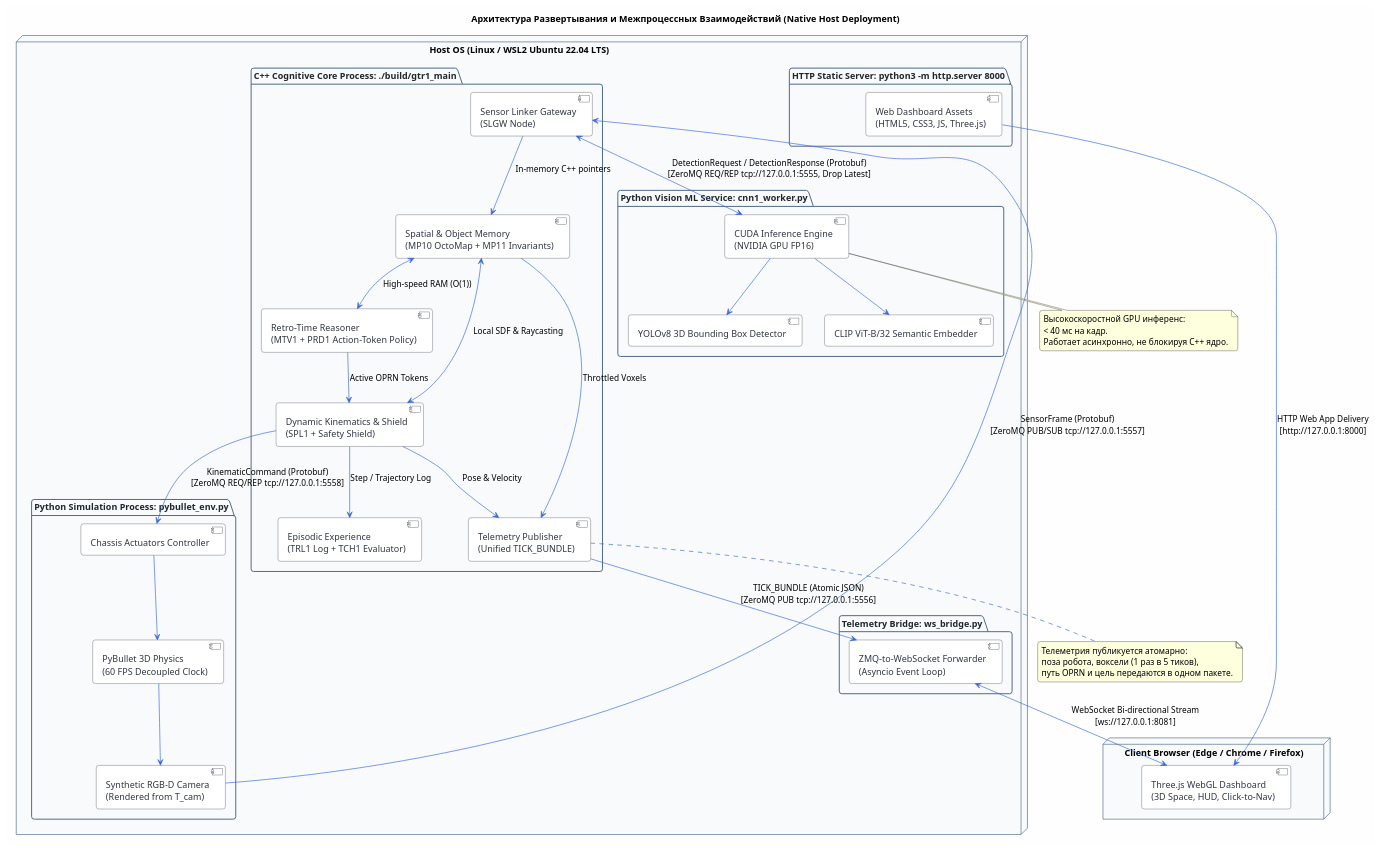
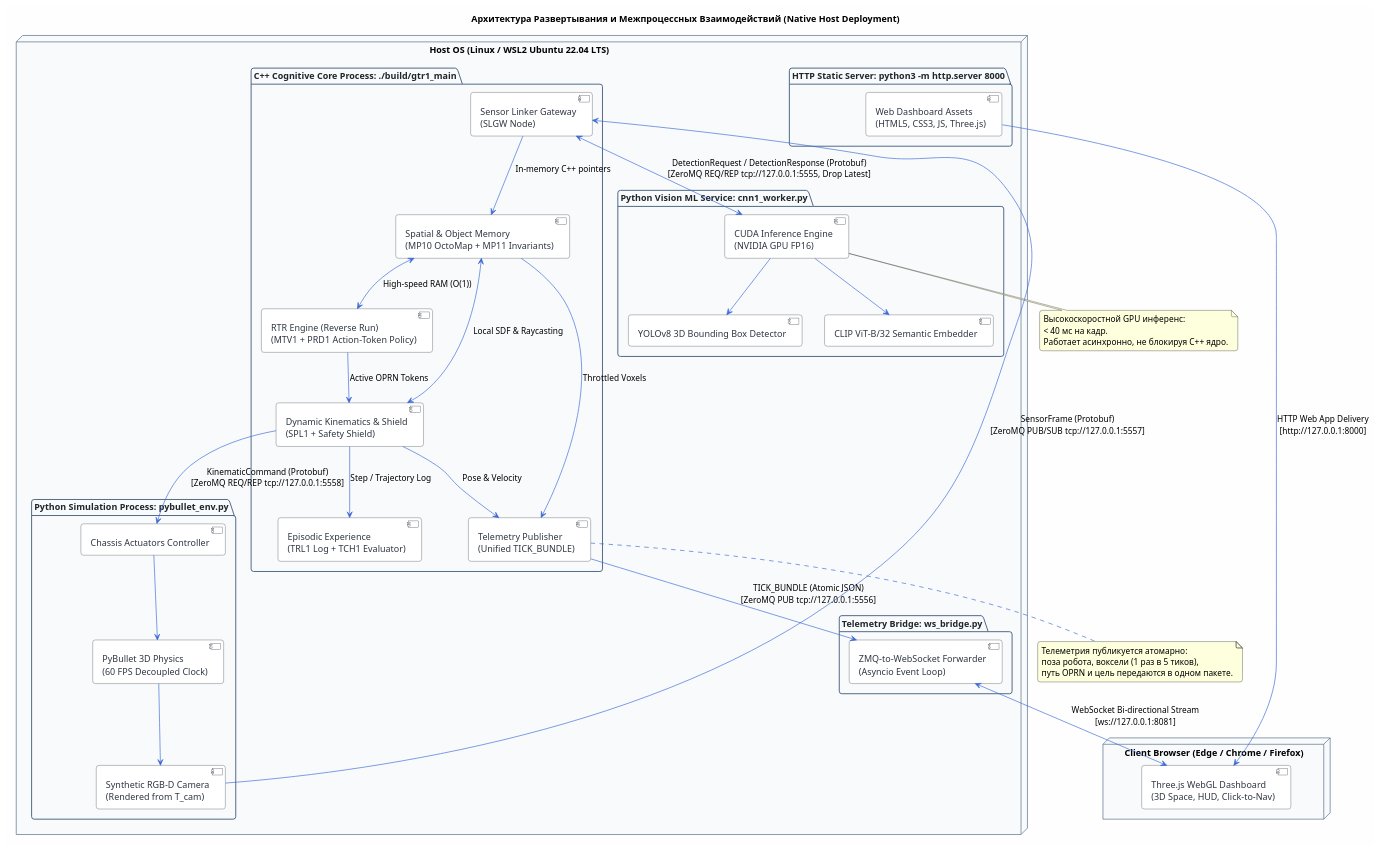
The diagram in 01_architecture/deployment.puml (hedeks/demonstration_GTR1), drawn with PlantUML before and after one commit. The commit also changed 3 other files, not shown here.

Commit message:
docs(architecture): address review audit points (ZMQ conflate policy, DRAFT status, canonical RTR/BLOM ontology)

```diff
--- a/01_architecture/deployment.puml
+++ b/01_architecture/deployment.puml
@@ -1,96 +1,96 @@
 @startuml Deployment_Architecture
 skinparam nodeBackgroundColor #FFFFFF
 skinparam componentStyle uml2
 skinparam backgroundColor #FEFEFE
 skinparam defaultFontName sans-serif
 skinparam roundcorner 8
 
 skinparam package {
   BackgroundColor #F9FAFB
   BorderColor #4B6584
   FontColor #1E272C
   FontStyle bold
 }
 
 skinparam component {
   BackgroundColor #FFFFFF
   BorderColor #2F3542
   FontColor #2F3542
   ArrowColor #3867D6
 }
 
 title Архитектура Развертывания и Межпроцессных Взаимодействий (Native Host Deployment)
 
 node "Host OS (Linux / WSL2 Ubuntu 22.04 LTS)" {
   
   package "C++ Cognitive Core Process: ./build/gtr1_main" {
     component "Sensor Linker Gateway\n(SLGW Node)" as SLGW
     component "Spatial & Object Memory\n(MP10 OctoMap + MP11 Invariants)" as MEM
-    component "Retro-Time Reasoner\n(MTV1 + PRD1 Action-Token Policy)" as PRD
+    component "RTR Engine (Reverse Run)\n(MTV1 + PRD1 Action-Token Policy)" as PRD
     component "Dynamic Kinematics & Shield\n(SPL1 + Safety Shield)" as KIN
     component "Episodic Experience\n(TRL1 Log + TCH1 Evaluator)" as TRL
     component "Telemetry Publisher\n(Unified TICK_BUNDLE)" as TELEM
     
     SLGW --> MEM : In-memory C++ pointers
     MEM <--> PRD : High-speed RAM (O(1))
     PRD --> KIN : Active OPRN Tokens
     KIN <--> MEM : Local SDF & Raycasting
     KIN --> TRL : Step / Trajectory Log
     KIN --> TELEM : Pose & Velocity
     MEM --> TELEM : Throttled Voxels
   }
 
   package "Python Simulation Process: pybullet_env.py" {
     component "PyBullet 3D Physics\n(60 FPS Decoupled Clock)" as SIM_PHYS
     component "Synthetic RGB-D Camera\n(Rendered from T_cam)" as SIM_CAM
     component "Chassis Actuators Controller" as SIM_MOTORS
     
     SIM_PHYS --> SIM_CAM
     SIM_MOTORS --> SIM_PHYS
   }
 
   package "Python Vision ML Service: cnn1_worker.py" {
     component "CUDA Inference Engine\n(NVIDIA GPU FP16)" as CUDA_ENG
     component "YOLOv8 3D Bounding Box Detector" as YOLO
     component "CLIP ViT-B/32 Semantic Embedder" as CLIP
     
     CUDA_ENG --> YOLO
     CUDA_ENG --> CLIP
   }
 
   package "Telemetry Bridge: ws_bridge.py" {
     component "ZMQ-to-WebSocket Forwarder\n(Asyncio Event Loop)" as WS_BRIDGE
   }
 
   package "HTTP Static Server: python3 -m http.server 8000" {
     component "Web Dashboard Assets\n(HTML5, CSS3, JS, Three.js)" as HTTP_SRV
   }
 }
 
 node "Client Browser (Edge / Chrome / Firefox)" {
   component "Three.js WebGL Dashboard\n(3D Space, HUD, Click-to-Nav)" as UI_APP
 }
 
 ' IPC Connections
 SIM_CAM --> SLGW : "SensorFrame (Protobuf)\n[ZeroMQ PUB/SUB tcp://127.0.0.1:5557]"
 KIN --> SIM_MOTORS : "KinematicCommand (Protobuf)\n[ZeroMQ REQ/REP tcp://127.0.0.1:5558]"
 
 SLGW <--> CUDA_ENG : "DetectionRequest / DetectionResponse (Protobuf)\n[ZeroMQ REQ/REP tcp://127.0.0.1:5555, Drop Latest]"
 
 TELEM --> WS_BRIDGE : "TICK_BUNDLE (Atomic JSON)\n[ZeroMQ PUB tcp://127.0.0.1:5556]"
 WS_BRIDGE <--> UI_APP : "WebSocket Bi-directional Stream\n[ws://127.0.0.1:8081]"
 HTTP_SRV --> UI_APP : "HTTP Web App Delivery\n[http://127.0.0.1:8000]"
 
 note bottom of TELEM
   Телеметрия публикуется атомарно:
   поза робота, воксели (1 раз в 5 тиков),
   путь OPRN и цель передаются в одном пакете.
 end note
 
 note bottom of CUDA_ENG
   Высокоскоростной GPU инференс:
   < 40 мс на кадр.
   Работает асинхронно, не блокируя C++ ядро.
 end note
 
 @enduml
```
